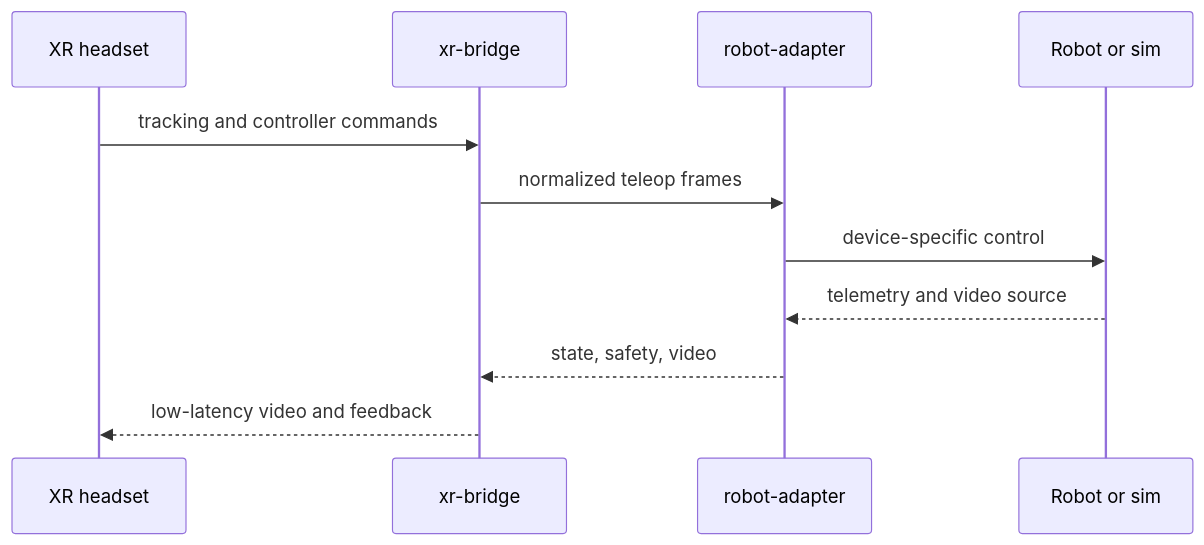
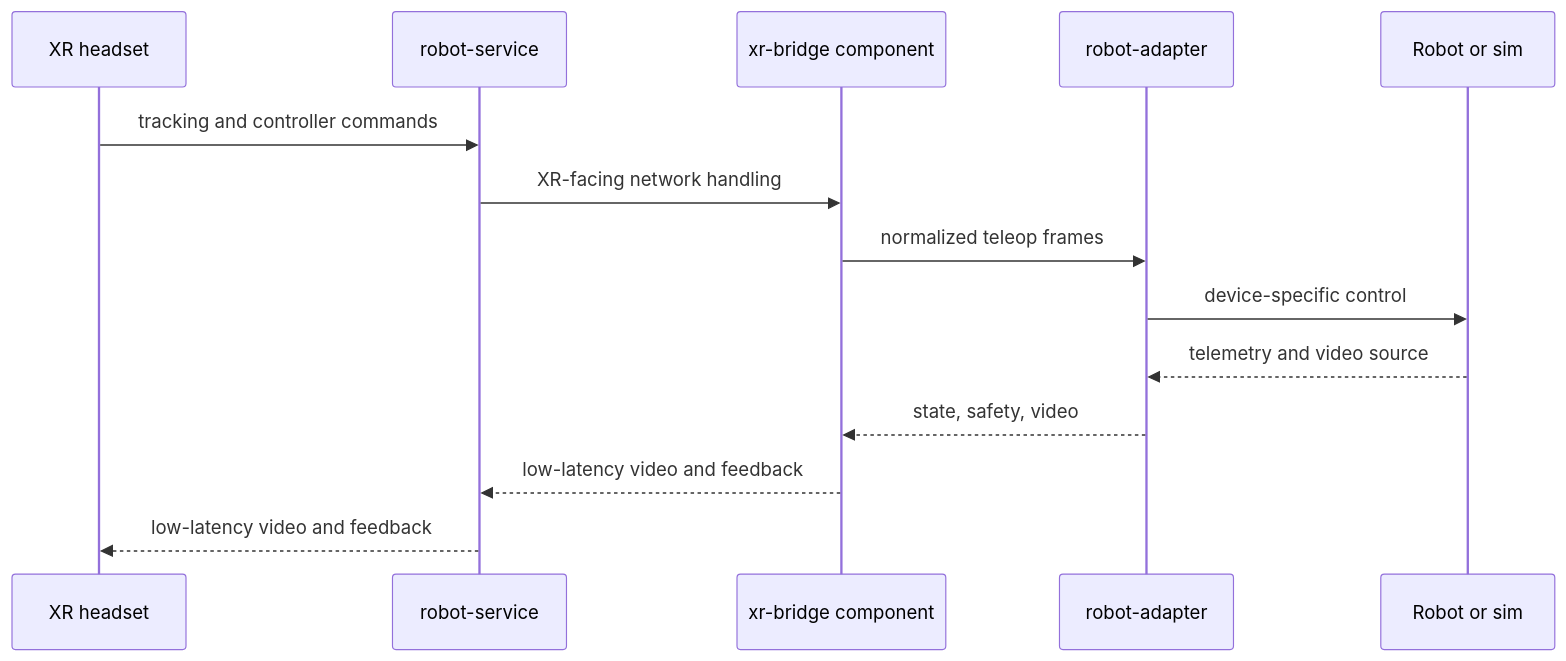
One commit to lovemoon-ai/operator changed the fourth of 6 diagrams in README.md. Above: the diagram before and after it, drawn with Mermaid. The commit also changed other lines of this file and 26 other files, not shown here.

Commit message:
Add robot service and dual SO101 teleop

````diff
--- a/README.md
+++ b/README.md
@@ -116,14 +116,17 @@
 ```mermaid
 sequenceDiagram
   participant XR as XR headset
-  participant Bridge as xr-bridge
+  participant Service as robot-service
+  participant Bridge as xr-bridge component
   participant Adapter as robot-adapter
   participant Robot as Robot or sim
 
-  XR->>Bridge: tracking and controller commands
+  XR->>Service: tracking and controller commands
+  Service->>Bridge: XR-facing network handling
   Bridge->>Adapter: normalized teleop frames
   Adapter->>Robot: device-specific control
   Robot-->>Adapter: telemetry and video source
   Adapter-->>Bridge: state, safety, video
-  Bridge-->>XR: low-latency video and feedback
+  Bridge-->>Service: low-latency video and feedback
+  Service-->>XR: low-latency video and feedback
 ```
````
